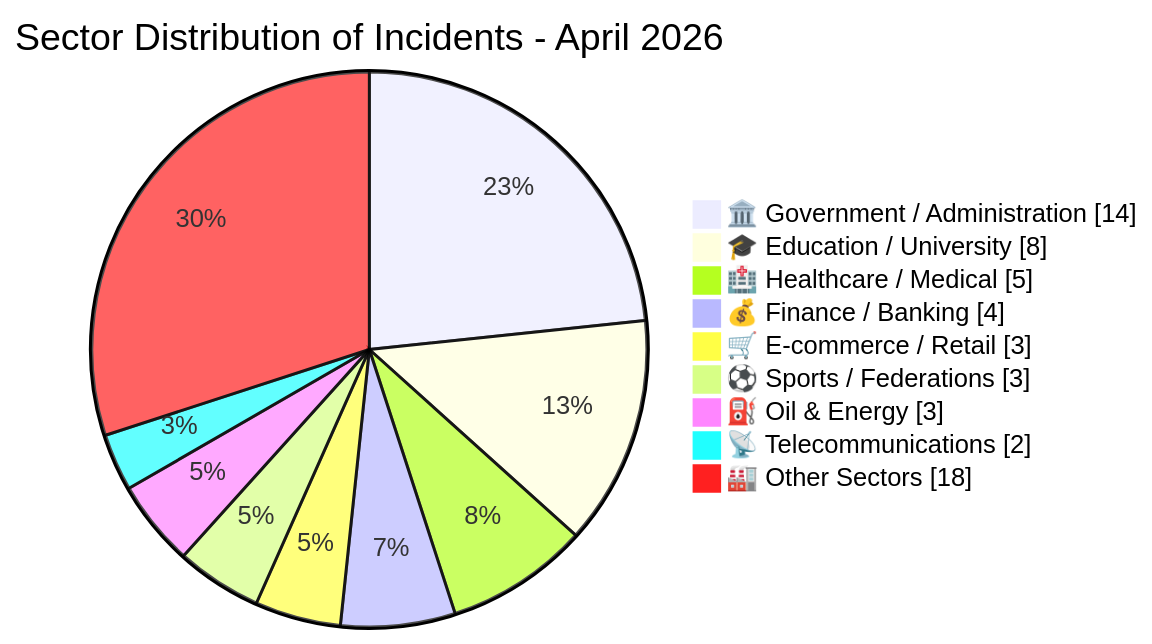
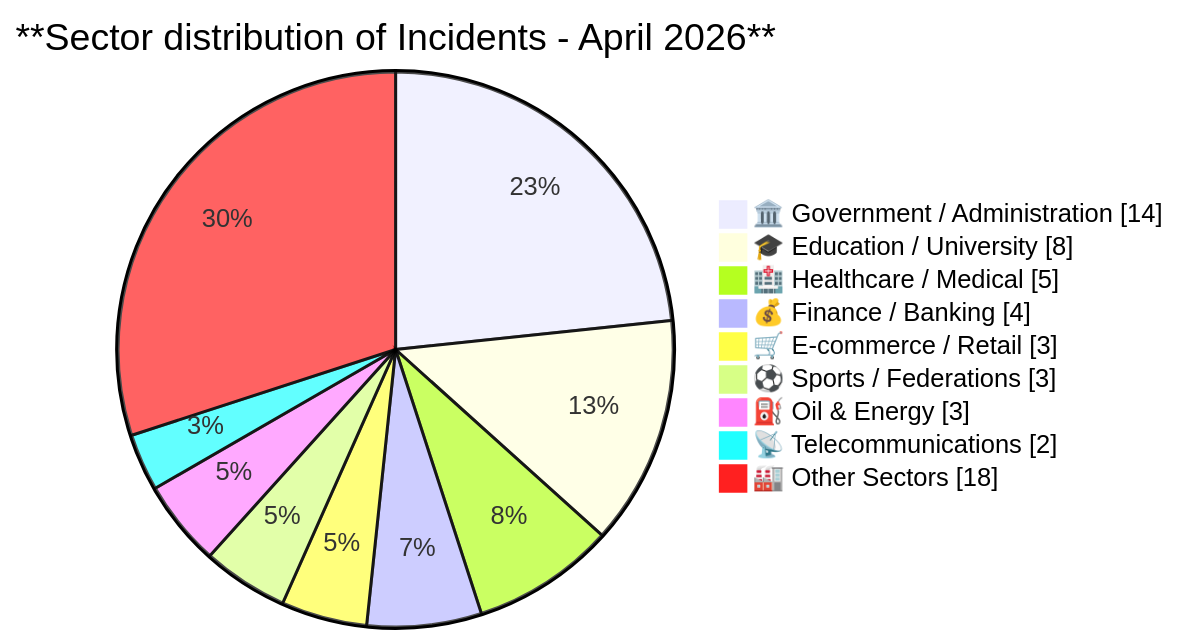
One commit to Hatchepsoute/AFRINTEL changed the fourth of 5 diagrams in reports/2026/04-april/README.md. Above: the diagram before and after it, drawn with Mermaid. The commit also changed other lines of this file, not shown here.

````diff
--- a/reports/2026/04-april/README.md
+++ b/reports/2026/04-april/README.md
@@ -202,13 +206,13 @@
 ```mermaid
 pie showData
-    title Sector Distribution of Incidents - April 2026
+    title **Sector distribution of Incidents - April 2026**
     "🏛️ Government / Administration" : 14
     "🎓 Education / University" : 8
     "🏥 Healthcare / Medical" : 5
     "💰 Finance / Banking" : 4
     "🛒 E-commerce / Retail" : 3
     "⚽ Sports / Federations" : 3
     "⛽ Oil & Energy" : 3
     "📡 Telecommunications" : 2
     "🏭 Other Sectors" : 18
 ```
````
